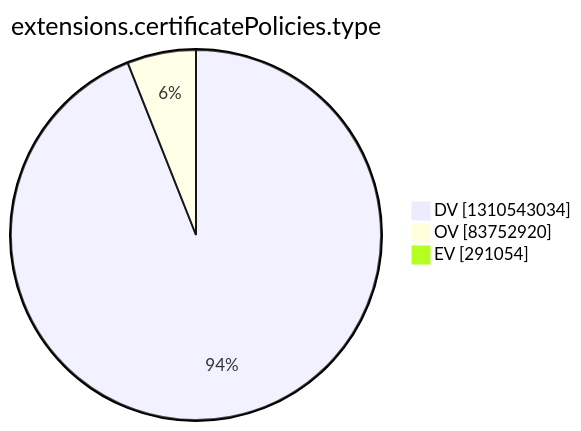
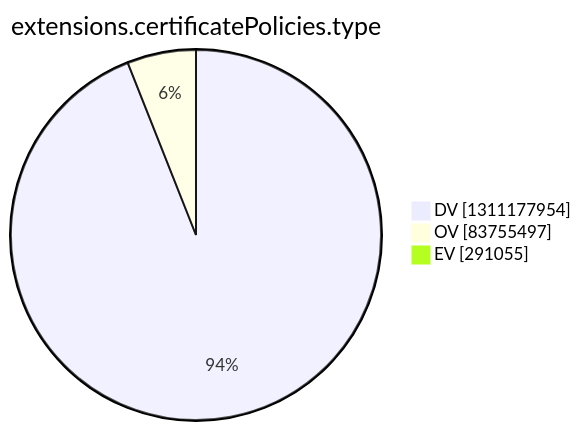
Before and after one commit to christiankrug/ctmonitor_visualization: the tenth of 15 diagrams in argon2022/README.md, drawn with Mermaid. The commit also changed other lines of this file, not shown here.

````diff
--- a/argon2022/README.md
+++ b/argon2022/README.md
@@ -2772,7 +2772,7 @@
 ```mermaid
 pie showData
 title extensions.certificatePolicies.type
-"DV" :1310543034
-"OV" :83752920
-"EV" :291054
+"DV" :1311177954
+"OV" :83755497
+"EV" :291055
 ```
````
